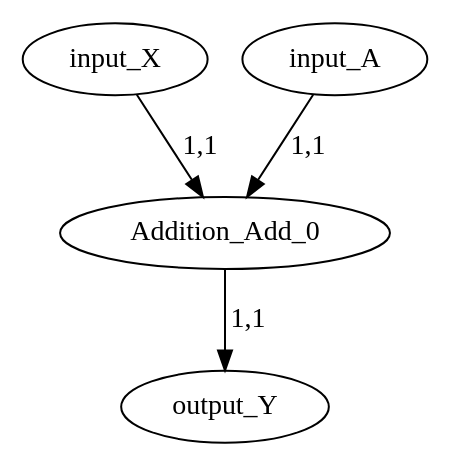
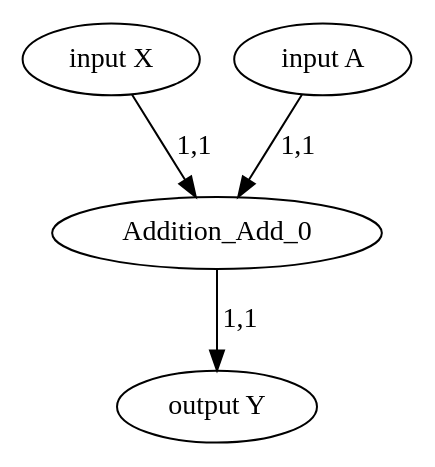
Before and after one commit to specs-feup/onnx-flow: the diagram in outputs/adddot.dot, drawn with Graphviz. The commit also changed 5 other files, not shown here.

```diff
--- a/outputs/adddot.dot
+++ b/outputs/adddot.dot
@@ -1,9 +1,9 @@
 digraph G {
-"X" [opcode="input"][label="input_X"];
-"A" [opcode="input"][label="input_A"];
-"Y" [opcode="output"][label="output_Y"];
-"Addition_Add_0" [opcode="Addition"];
-"X" -> "Addition_Add_0" [label="1,1"] [dims="1,1"];
-"A" -> "Addition_Add_0" [label="1,1"] [dims="1,1"];
-"Addition_Add_0" -> "Y" [label="1,1"] [dims="1,1"];
+   "X" [opcode="input"][label="input X"];
+   "A" [opcode="input"][label="input A"];
+   "Y" [opcode="output"][label="output Y"];
+   "Addition_Add_0" [opcode="Addition"];
+   "X" -> "Addition_Add_0" [label="1,1"] [dims="1,1"];
+   "A" -> "Addition_Add_0" [label="1,1"] [dims="1,1"];
+   "Addition_Add_0" -> "Y" [label="1,1"] [dims="1,1"];
 }
```
